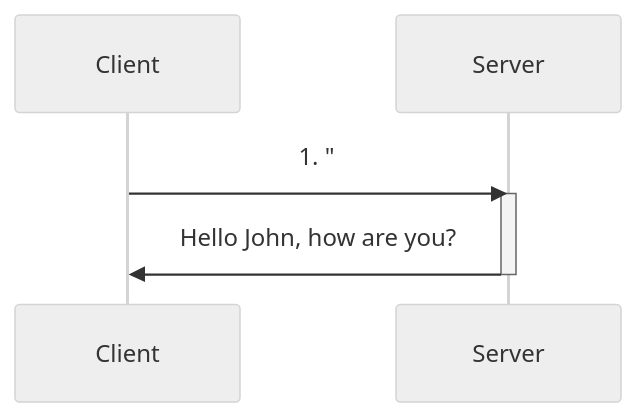
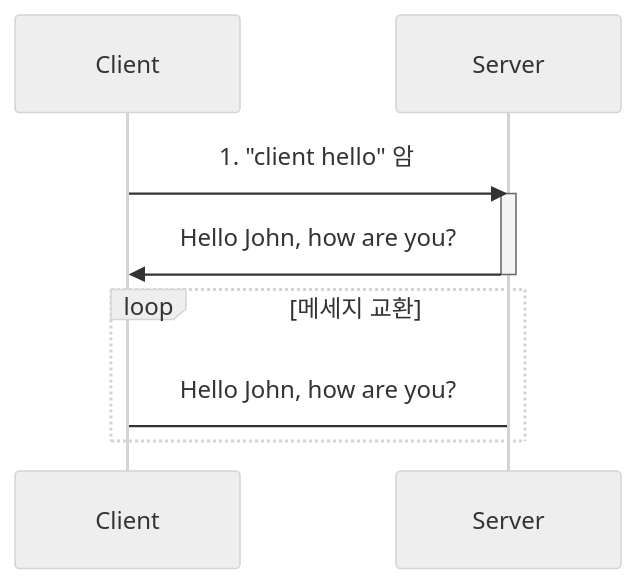
The diagram in _posts/develop/etc/2019-02-12-TLS.md (1sonjm/1sonjm.github.io), drawn with Mermaid (neutral theme) before and after one commit. The commit also changed other lines of this file, not shown here.

Commit message:
_posts/develop/etc/2019-02-12-TLS.md updated from https://stackedit.io/

````diff
--- a/_posts/develop/etc/2019-02-12-TLS.md
+++ b/_posts/develop/etc/2019-02-12-TLS.md
@@ -12,7 +12,10 @@
 ```mermaid
 sequenceDiagram
-    Client->>Server: 1. "
+    Client->>Server: 1. "client hello" 암
     activate Server
     Server->>Client: Hello John, how are you?
     deactivate Server
+    loop 메세지 교환
+    Server->Client: Hello John, how are you?
+    end
 ```
````
